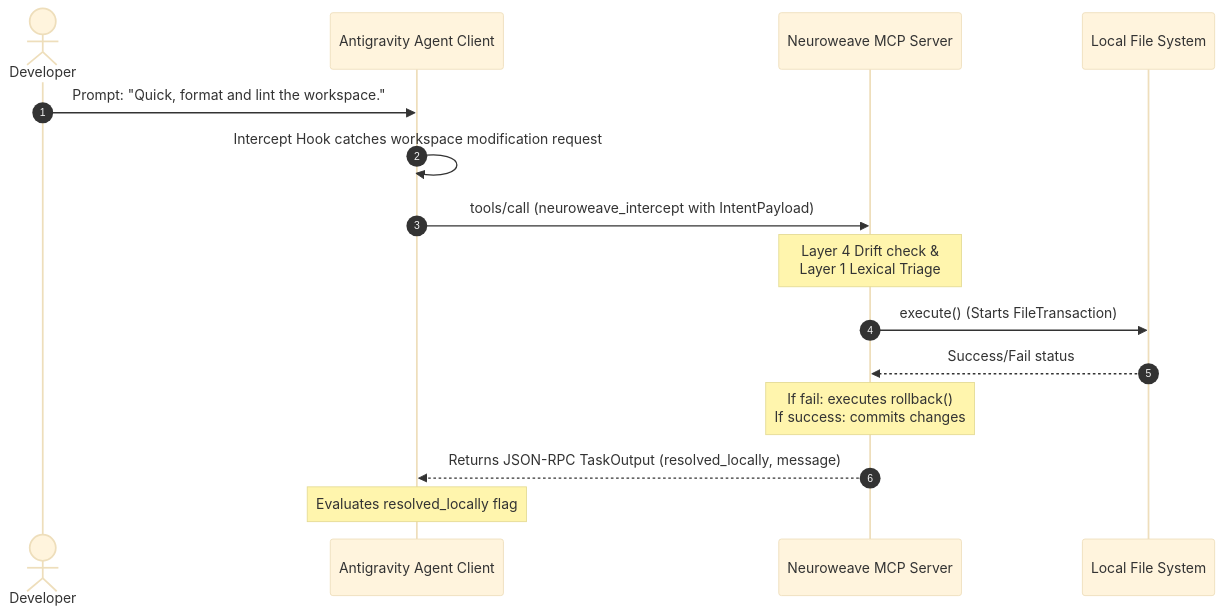
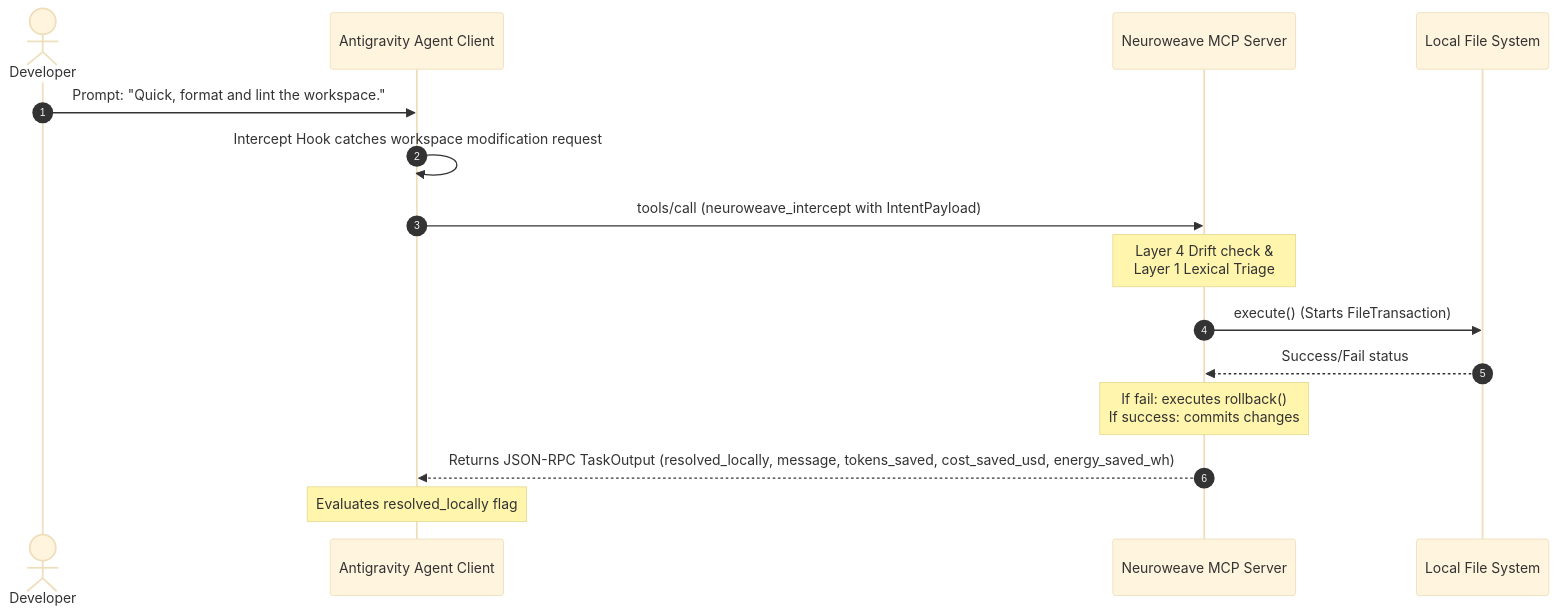
One commit to Dahc-Dragyn/Neuroweave changed the diagram in OPERATIONAL_FLOW.md. Above: the diagram before and after it, drawn with Mermaid (base theme). The commit also changed other lines of this file, not shown here.

Commit message:
Update OPERATIONAL_FLOW.md to document file-based telemetry flow and fields

````diff
--- a/OPERATIONAL_FLOW.md
+++ b/OPERATIONAL_FLOW.md
@@ -21,18 +21,18 @@
 ```mermaid
 sequenceDiagram
     autonumber
     actor Developer
     participant Agent as Antigravity Agent Client
     participant Neuroweave as Neuroweave MCP Server
     participant FileSystem as Local File System
 
     Developer->>Agent: Prompt: "Quick, format and lint the workspace."
     Agent->>Agent: Intercept Hook catches workspace modification request
     Agent->>Neuroweave: tools/call (neuroweave_intercept with IntentPayload)
     Note over Neuroweave: Layer 4 Drift check &<br/>Layer 1 Lexical Triage
     Neuroweave->>FileSystem: execute() (Starts FileTransaction)
     FileSystem-->>Neuroweave: Success/Fail status
     Note over Neuroweave: If fail: executes rollback()<br/>If success: commits changes
-    Neuroweave-->>Agent: Returns JSON-RPC TaskOutput (resolved_locally, message)
+    Neuroweave-->>Agent: Returns JSON-RPC TaskOutput (resolved_locally, message, tokens_saved, cost_saved_usd, energy_saved_wh)
     Note over Agent: Evaluates resolved_locally flag
 ```
````
